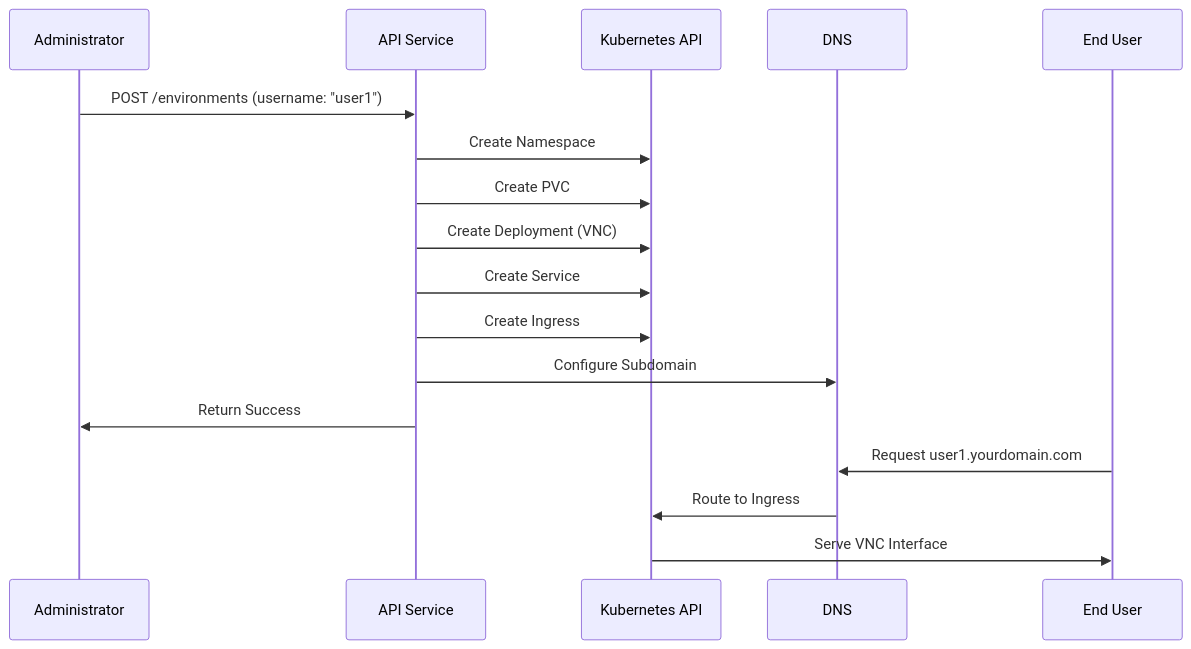
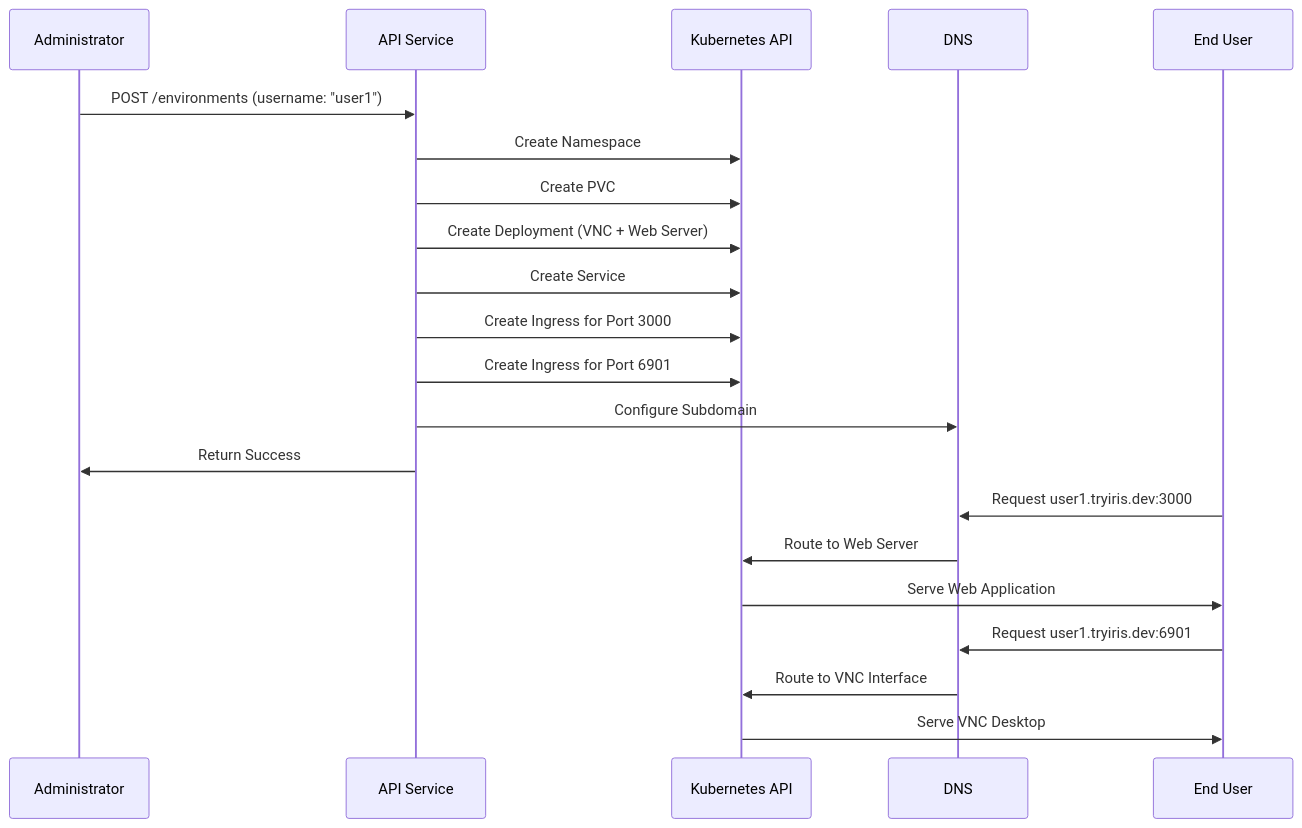
The fourth of 4 diagrams in docs/deployment/gke-deployment-guide.md (iris-networks/k8s-orchestrator), drawn with Mermaid before and after one commit. The commit also changed other lines of this file and 3 other files, not shown here.

Commit message:
Update configuration for multi-port support with pods.tryiris.dev domain

````diff
--- a/docs/deployment/gke-deployment-guide.md
+++ b/docs/deployment/gke-deployment-guide.md
@@ -387,20 +391,26 @@
 ```mermaid
 sequenceDiagram
     participant Admin as Administrator
     participant API as API Service
     participant K8s as Kubernetes API
     participant DNS as DNS
     participant User as End User
-    
+
     Admin->>API: POST /environments (username: "user1")
     API->>K8s: Create Namespace
     API->>K8s: Create PVC
-    API->>K8s: Create Deployment (VNC)
+    API->>K8s: Create Deployment (VNC + Web Server)
     API->>K8s: Create Service
-    API->>K8s: Create Ingress
+    API->>K8s: Create Ingress for Port 3000
+    API->>K8s: Create Ingress for Port 6901
     API->>DNS: Configure Subdomain
     API->>Admin: Return Success
-    User->>DNS: Request user1.yourdomain.com
-    DNS->>K8s: Route to Ingress
-    K8s->>User: Serve VNC Interface
+
+    User->>DNS: Request user1.tryiris.dev:3000
+    DNS->>K8s: Route to Web Server
+    K8s->>User: Serve Web Application
+
+    User->>DNS: Request user1.tryiris.dev:6901
+    DNS->>K8s: Route to VNC Interface
+    K8s->>User: Serve VNC Desktop
 ```
````
